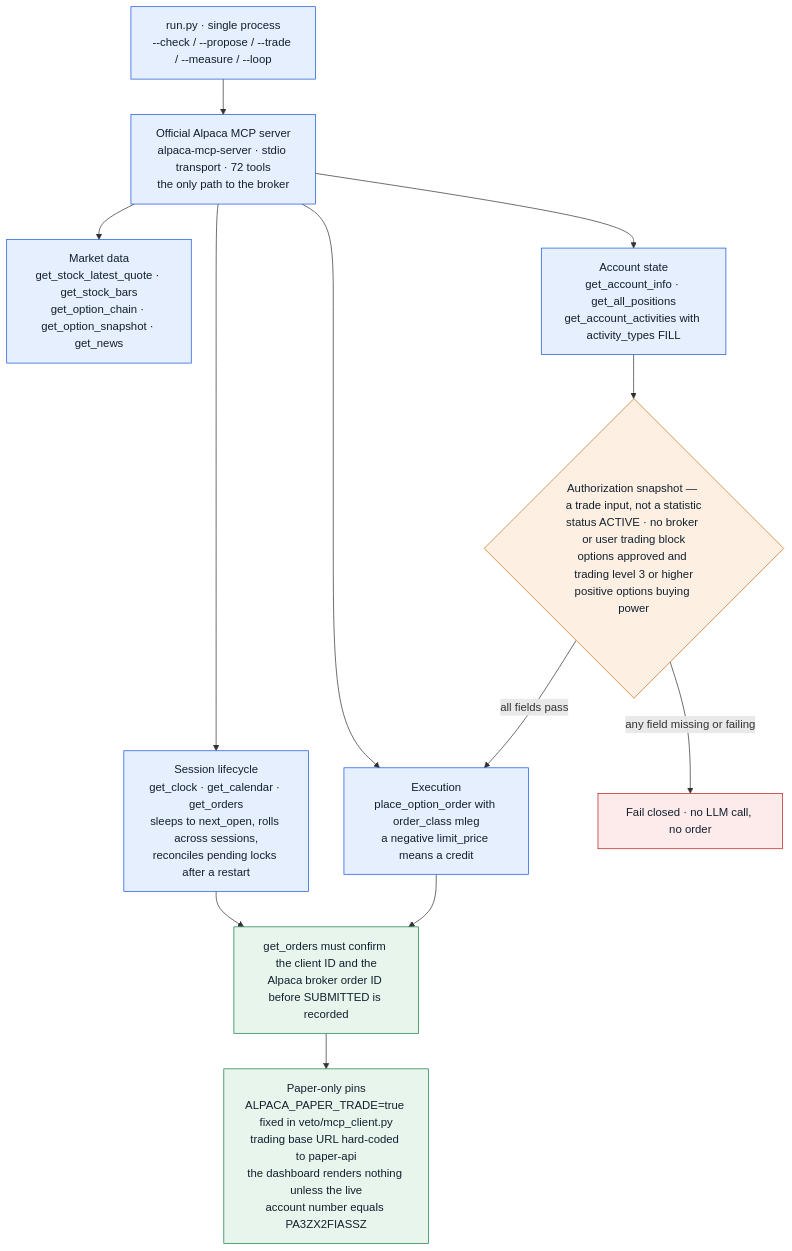
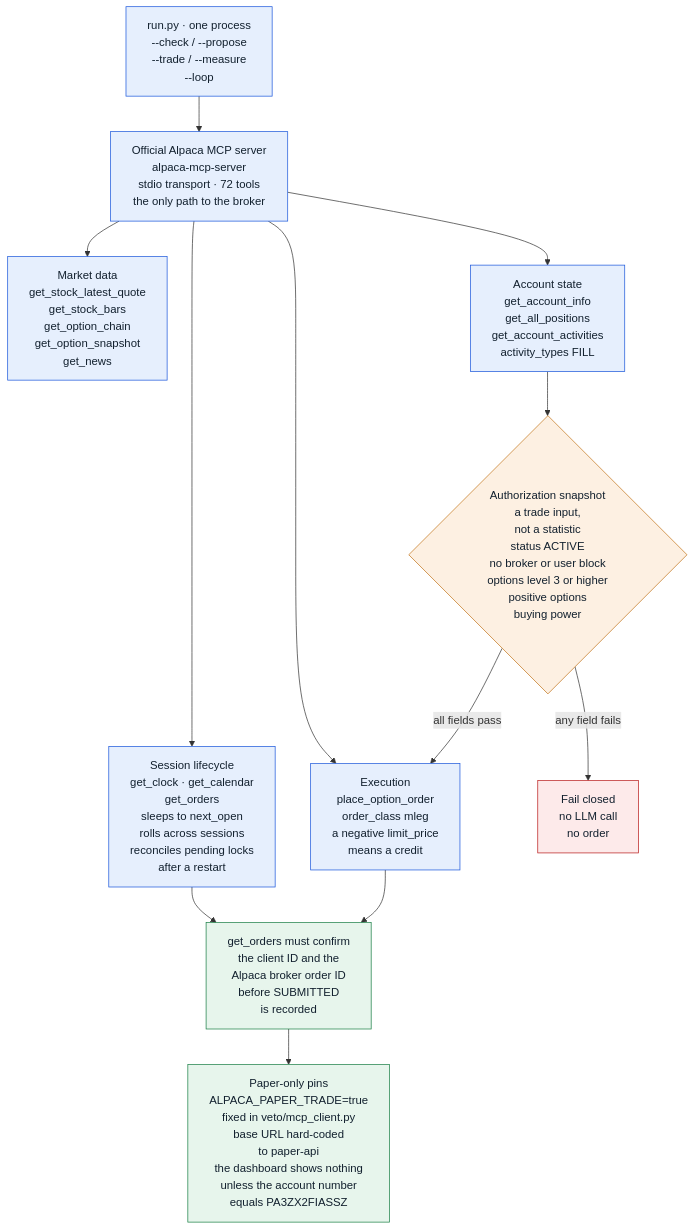
The fourth of 4 diagrams in README.md (hinagate/PacaPounce), drawn with Mermaid before and after one commit. The commit also changed other lines of this file, not shown here.

First line of the commit message:
Stop the diagram labels from overflowing their boxes

````diff
--- a/README.md
+++ b/README.md
@@ -223,28 +223,28 @@
 ```mermaid
 flowchart TD
-    RUN["run.py · single process<br/>--check / --propose / --trade / --measure / --loop"]
-    RUN --> MCP["Official Alpaca MCP server<br/>alpaca-mcp-server · stdio transport · 72 tools<br/>the only path to the broker"]
+    RUN["run.py · one process<br/>--check / --propose<br/>--trade / --measure<br/>--loop"]
+    RUN --> MCP["Official Alpaca MCP server<br/>alpaca-mcp-server<br/>stdio transport · 72 tools<br/>the only path to the broker"]
 
-    MCP --> T1["Session lifecycle<br/>get_clock · get_calendar · get_orders<br/>sleeps to next_open, rolls across sessions,<br/>reconciles pending locks after a restart"]
-    MCP --> T2["Market data<br/>get_stock_latest_quote · get_stock_bars<br/>get_option_chain · get_option_snapshot · get_news"]
-    MCP --> T3["Account state<br/>get_account_info · get_all_positions<br/>get_account_activities with activity_types FILL"]
-    MCP --> T4["Execution<br/>place_option_order with order_class mleg<br/>a negative limit_price means a credit"]
+    MCP --> T1["Session lifecycle<br/>get_clock · get_calendar<br/>get_orders<br/>sleeps to next_open<br/>rolls across sessions<br/>reconciles pending locks<br/>after a restart"]
+    MCP --> T2["Market data<br/>get_stock_latest_quote<br/>get_stock_bars<br/>get_option_chain<br/>get_option_snapshot<br/>get_news"]
+    MCP --> T3["Account state<br/>get_account_info<br/>get_all_positions<br/>get_account_activities<br/>activity_types FILL"]
+    MCP --> T4["Execution<br/>place_option_order<br/>order_class mleg<br/>a negative limit_price<br/>means a credit"]
 
-    T3 --> AUTH{"Authorization snapshot — a trade input, not a statistic<br/>status ACTIVE · no broker or user trading block<br/>options approved and trading level 3 or higher<br/>positive options buying power"}
-    AUTH -->|"any field missing or failing"| STOP["Fail closed · no LLM call, no order"]
+    T3 --> AUTH{"Authorization snapshot<br/>a trade input,<br/>not a statistic<br/>status ACTIVE<br/>no broker or user block<br/>options level 3 or higher<br/>positive options<br/>buying power"}
+    AUTH -->|"any field fails"| STOP["Fail closed<br/>no LLM call<br/>no order"]
     AUTH -->|"all fields pass"| T4
 
     T1 --> CONF
-    T4 --> CONF["get_orders must confirm the client ID and the<br/>Alpaca broker order ID before SUBMITTED is recorded"]
+    T4 --> CONF["get_orders must confirm<br/>the client ID and the<br/>Alpaca broker order ID<br/>before SUBMITTED<br/>is recorded"]
 
-    CONF --> SAFE["Paper-only pins<br/>ALPACA_PAPER_TRADE=true fixed in veto/mcp_client.py<br/>trading base URL hard-coded to paper-api<br/>the dashboard renders nothing unless the live<br/>account number equals PA3ZX2FIASSZ"]
+    CONF --> SAFE["Paper-only pins<br/>ALPACA_PAPER_TRADE=true<br/>fixed in veto/mcp_client.py<br/>base URL hard-coded<br/>to paper-api<br/>the dashboard shows nothing<br/>unless the account number<br/>equals PA3ZX2FIASSZ"]
 
     classDef infra fill:#e6effd,stroke:#1a56db,color:#12202e;
     classDef guard fill:#fdf0e2,stroke:#c2751a,color:#12202e;
     classDef bad fill:#fdeaea,stroke:#b91c1c,color:#12202e;
     classDef good fill:#e7f5ec,stroke:#1a7f45,color:#12202e;
     class RUN,MCP,T1,T2,T3,T4 infra;
     class AUTH guard;
     class STOP bad;
     class CONF,SAFE good;
 ```
````
